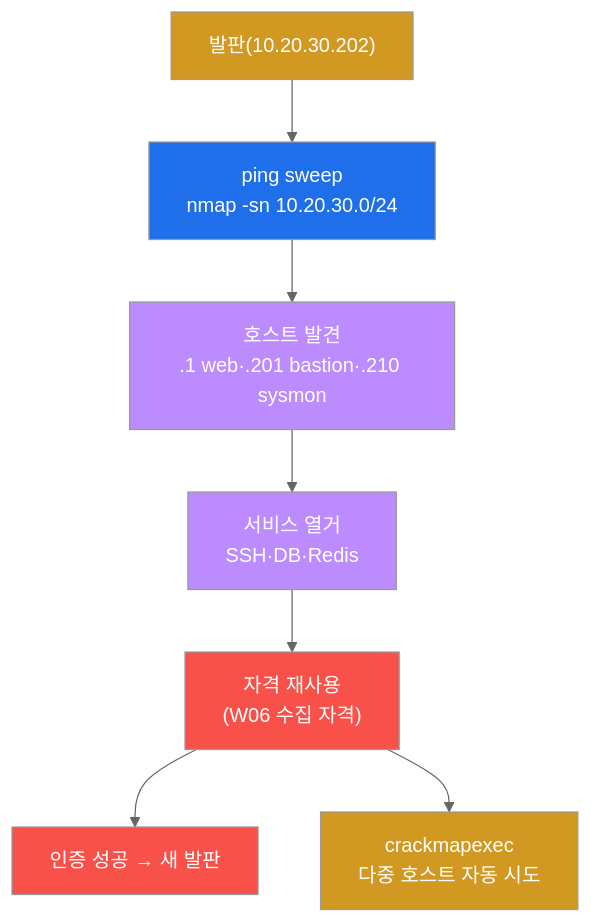
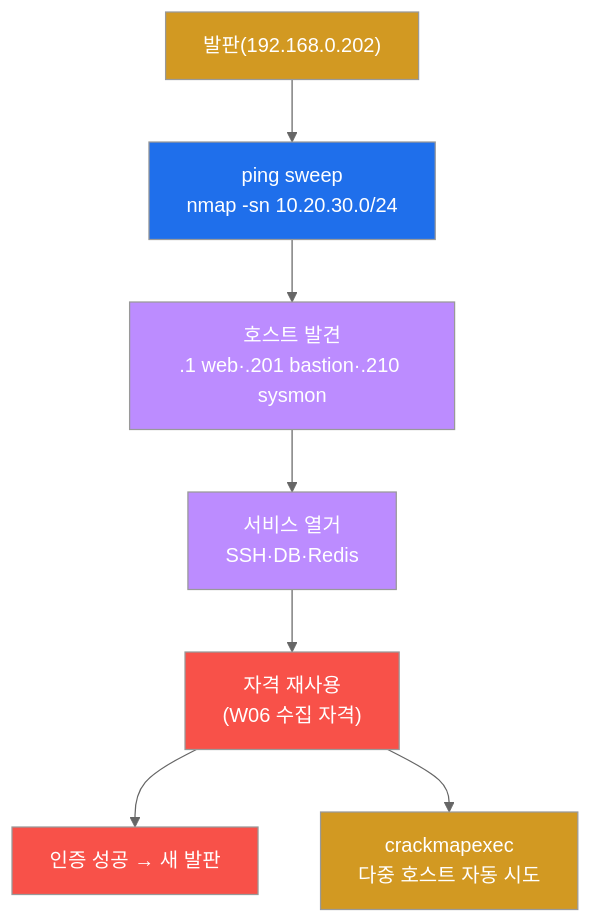
One commit to mrgrit/tw2 changed the fourth of 6 diagrams in contents/training/attack-adv/lecture_week08.md. Above: the diagram before and after it, drawn with Mermaid (neutral theme). The commit also changed other lines of this file and 99 other files, not shown here.

````diff
--- a/contents/training/attack-adv/lecture_week08.md
+++ b/contents/training/attack-adv/lecture_week08.md
@@ -173,17 +173,17 @@
 ```mermaid
 graph TD
-    FOOT["발판(10.20.30.202)"]
+    FOOT["발판(192.168.0.202)"]
     FOOT --> SWEEP["ping sweep<br/>nmap -sn 10.20.30.0/24"]
     SWEEP --> FOUND["호스트 발견<br/>.1 web·.201 bastion·.210 sysmon"]
     FOUND --> PORTS["서비스 열거<br/>SSH·DB·Redis"]
     PORTS --> REUSE["자격 재사용<br/>(W06 수집 자격)"]
     REUSE --> WIN["인증 성공 → 새 발판"]
     REUSE --> AUTO["crackmapexec<br/>다중 호스트 자동 시도"]
     style FOOT fill:#d29922,color:#fff
     style SWEEP fill:#1f6feb,color:#fff
     style FOUND fill:#bc8cff,color:#fff
     style PORTS fill:#bc8cff,color:#fff
     style REUSE fill:#f85149,color:#fff
     style WIN fill:#f85149,color:#fff
     style AUTO fill:#d29922,color:#fff
 ```
````
